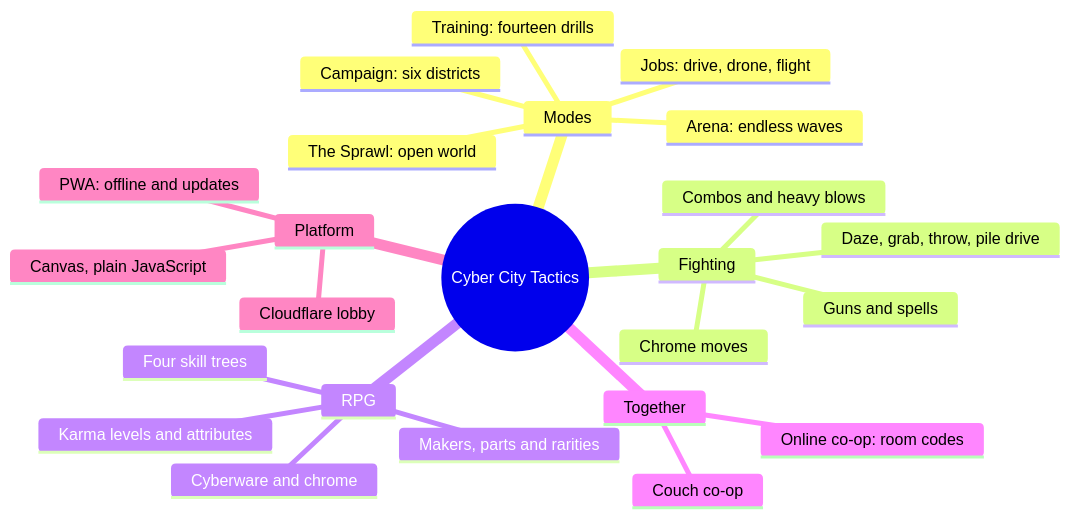
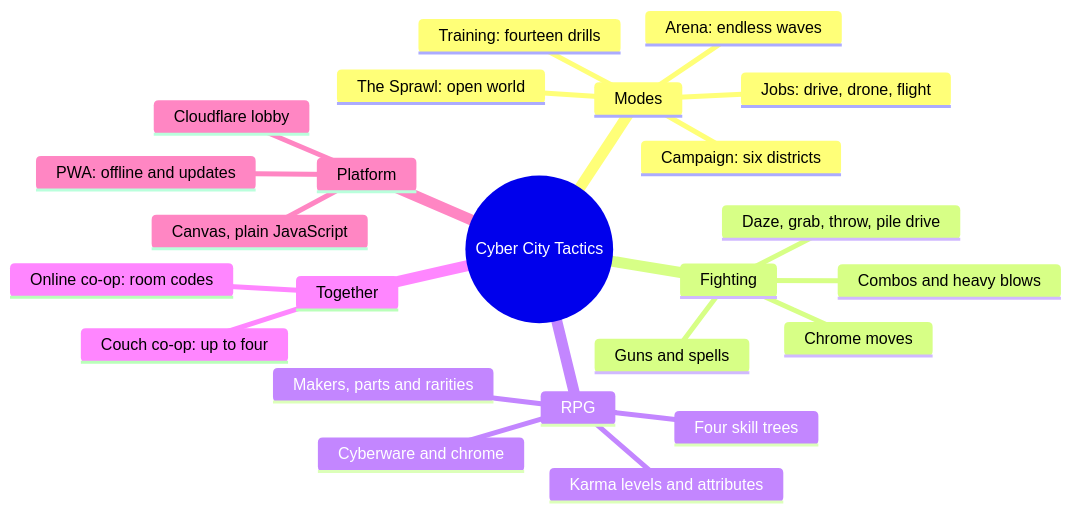
The diagram in docs/wiki/Home.md (CptNope/Cyber-City-Tactics), drawn with Mermaid before and after one commit. The commit also changed 27 other files, not shown here.

First line of the commit message:
Couch co-op for up to four runners

````diff
--- a/docs/wiki/Home.md
+++ b/docs/wiki/Home.md
@@ -7,27 +7,27 @@
 ```mermaid
 mindmap
   root((Cyber City Tactics))
     Modes
       Campaign: six districts
       The Sprawl: open world
       Arena: endless waves
       Jobs: drive, drone, flight
       Training: fourteen drills
     Fighting
       Combos and heavy blows
       Daze, grab, throw, pile drive
       Guns and spells
       Chrome moves
     RPG
       Karma levels and attributes
       Four skill trees
       Makers, parts and rarities
       Cyberware and chrome
     Together
-      Couch co-op
+      Couch co-op: up to four
       Online co-op: room codes
     Platform
       Canvas, plain JavaScript
       PWA: offline and updates
       Cloudflare lobby
 ```
````
